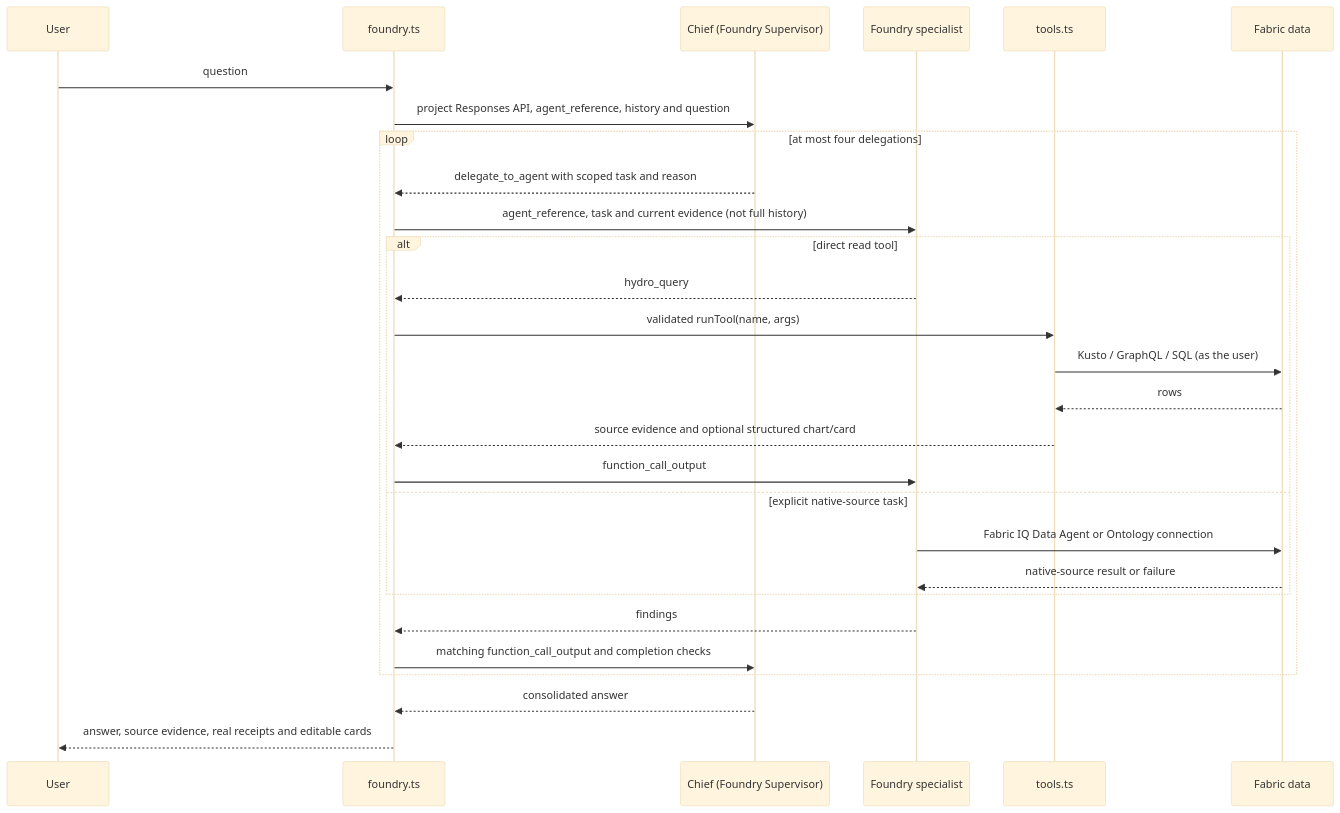
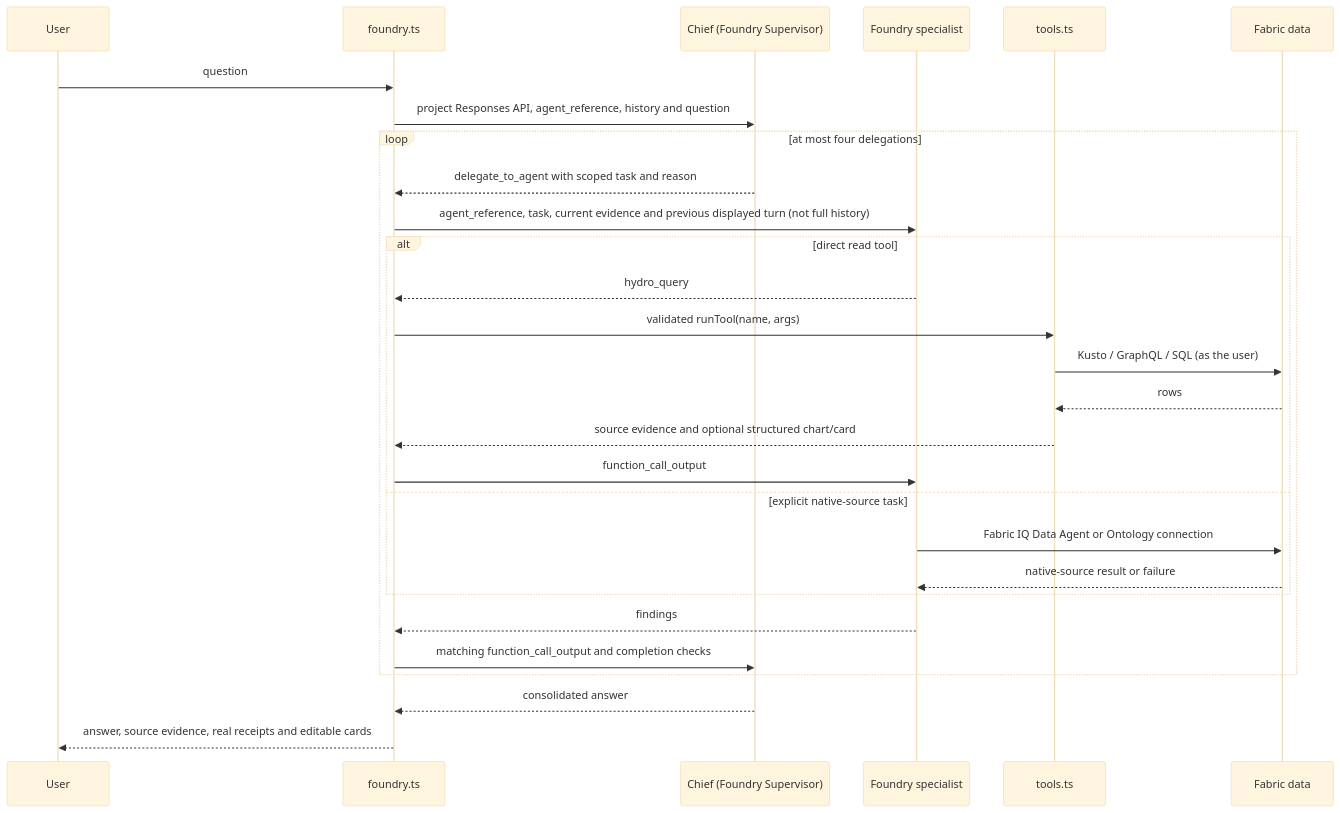
Before and after one commit to dibakardharchoudhury/FabricIQAppsDEMO: the second of 2 diagrams in docs/foundry-copilot.md, drawn with Mermaid (base theme). The commit also changed other lines of this file and 2 other files, not shown here.

Commit message:
Preserve displayed context across specialist follow-up handoffs

````diff
--- a/docs/foundry-copilot.md
+++ b/docs/foundry-copilot.md
@@ -353,31 +361,31 @@
 ```mermaid
 sequenceDiagram
   participant U as User
   participant A as foundry.ts
   participant M as Chief (Foundry Supervisor)
   participant S as Foundry specialist
   participant T as tools.ts
   participant D as Fabric data
 
   U->>A: question
   A->>M: project Responses API, agent_reference, history and question
   loop at most four delegations
     M-->>A: delegate_to_agent with scoped task and reason
-    A->>S: agent_reference, task and current evidence (not full history)
+    A->>S: agent_reference, task, current evidence and previous displayed turn (not full history)
     alt direct read tool
       S-->>A: hydro_query
       A->>T: validated runTool(name, args)
       T->>D: Kusto / GraphQL / SQL (as the user)
       D-->>T: rows
       T-->>A: source evidence and optional structured chart/card
       A->>S: function_call_output
     else explicit native-source task
       S->>D: Fabric IQ Data Agent or Ontology connection
       D-->>S: native-source result or failure
     end
     S-->>A: findings
     A->>M: matching function_call_output and completion checks
   end
   M-->>A: consolidated answer
   A-->>U: answer, source evidence, real receipts and editable cards
 ```
````
